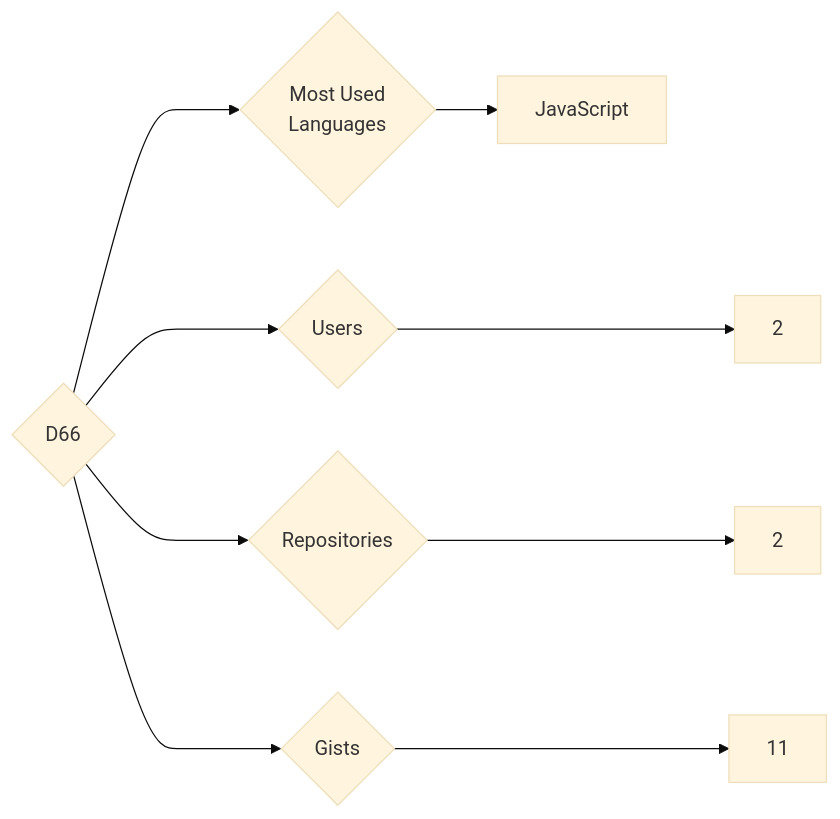
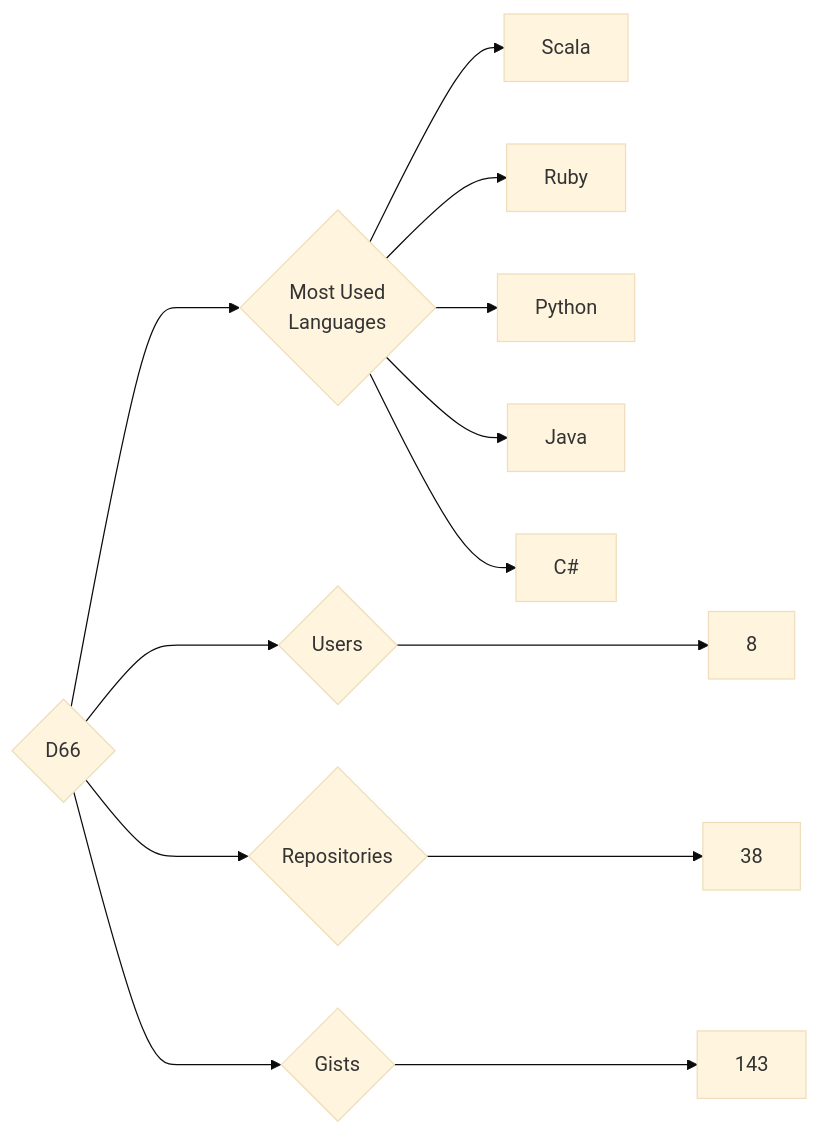
The diagram in targets/D66/README.md (trickest/insiders), drawn with Mermaid (base theme) before and after one commit. The commit also changed 782 other files, not shown here.

````diff
--- a/targets/D66/README.md
+++ b/targets/D66/README.md
@@ -3,9 +3,13 @@
 ```mermaid
 graph LR
 COMPANY_NAME{D66}
-COMPANY_NAME ---> U{Users} ---> UN[2]
-COMPANY_NAME ---> R{Repositories} ---> RN[2]
-COMPANY_NAME ---> G{Gists} ---> GN[11]
+COMPANY_NAME ---> U{Users} ---> UN[8]
+COMPANY_NAME ---> R{Repositories} ---> RN[38]
+COMPANY_NAME ---> G{Gists} ---> GN[143]
 COMPANY_NAME ---> ML{Most Used<br>Languages}
-ML --> JavaScript[JavaScript]
+ML --> Scala[Scala]
+ML --> Ruby[Ruby]
+ML --> Python[Python]
+ML --> Java[Java]
+ML --> C#[C#]
 ```
````
